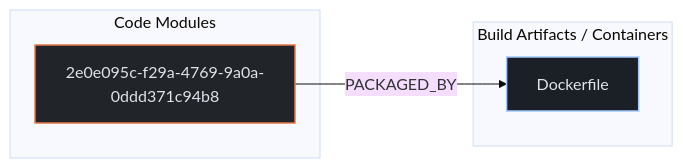
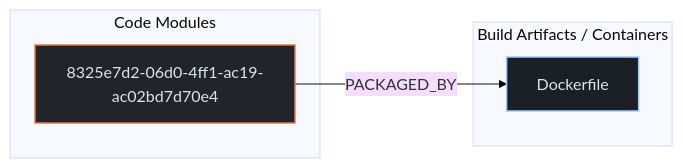
The second of 3 diagrams in exports/latest/reports/hamvocke-spring-testing-report.md (kumarshaz/atruss-code-atlas), drawn with Mermaid (base theme) before and after one commit. The commit also changed other lines of this file and 1613 other files, not shown here.

````diff
--- a/exports/latest/reports/hamvocke-spring-testing-report.md
+++ b/exports/latest/reports/hamvocke-spring-testing-report.md
@@ -99,14 +118,15 @@
 ```mermaid
 flowchart LR
+    %% title: Code-to-Cloud Deployment Traceability
     classDef atlasCategory fill:#212428,stroke:#E87A48,stroke-width:1.5px,color:#dfe3eb
     classDef atlasWorkflow fill:#1b2026,stroke:#a3c9ff,stroke-width:1.5px,color:#dfe3eb
     classDef atlasJob fill:#171c22,stroke:#8d9199,stroke-width:1px,color:#dfe3eb
     classDef atlasTarget fill:#005227,stroke:#8bd99b,stroke-width:1.5px,color:#a7f6b6
     subgraph code_modules["Code Modules"]
-        mod_2e0e095c_f29a_4769_9a0a_0ddd371c94b8["2e0e095c-f29a-4769-9a0a-0ddd371c94b8"]:::atlasCategory
+        mod_8325e7d2_06d0_4ff1_ac19_ac02bd7d70e4["8325e7d2-06d0-4ff1-ac19-ac02bd7d70e4"]:::atlasCategory
     end
     subgraph build_artifacts["Build Artifacts / Containers"]
         art_Dockerfile["Dockerfile"]:::atlasWorkflow
     end
-    mod_2e0e095c_f29a_4769_9a0a_0ddd371c94b8 -->|PACKAGED_BY| art_Dockerfile
+    mod_8325e7d2_06d0_4ff1_ac19_ac02bd7d70e4 -->|PACKAGED_BY| art_Dockerfile
 ```
````
